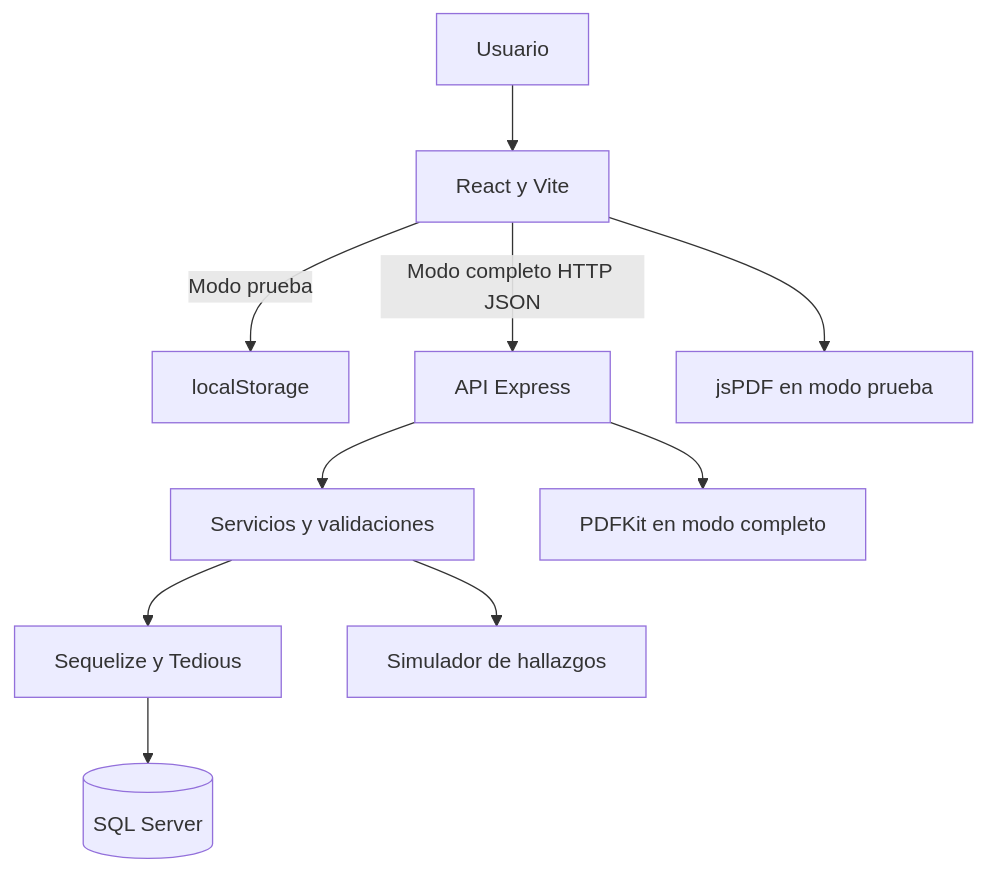
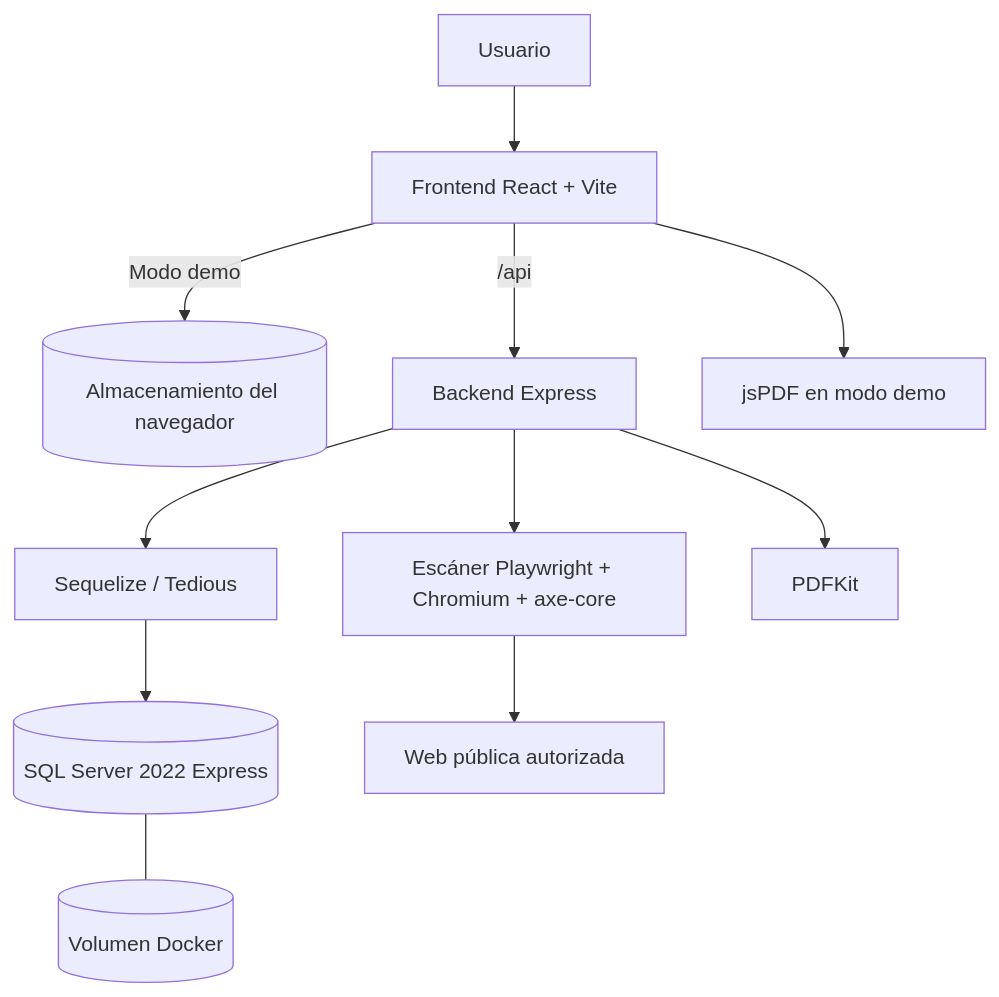
Before and after one commit to Codeforgeettttt/A11yPilot: the diagram in README.md, drawn with Mermaid. The commit also changed other lines of this file, not shown here.

Commit message:
docs(readme): documentar fase Docker y escáner real en main

````diff
--- a/README.md
+++ b/README.md
@@ -97,12 +126,13 @@
 ```mermaid
-flowchart TD
-    U[Usuario] --> F[React y Vite]
-    F -->|Modo prueba| L[localStorage]
-    F -->|Modo completo HTTP JSON| A[API Express]
-    A --> S[Servicios y validaciones]
-    S --> O[Sequelize y Tedious]
-    O --> D[(SQL Server)]
-    S --> M[Simulador de hallazgos]
-    F --> J[jsPDF en modo prueba]
-    A --> P[PDFKit en modo completo]
+flowchart TB
+    U[Usuario] --> F[Frontend React + Vite]
+    F -->|Modo demo| L[(Almacenamiento del navegador)]
+    F -->|/api| A[Backend Express]
+    A --> O[Sequelize / Tedious]
+    O --> D[(SQL Server 2022 Express)]
+    D --- V[(Volumen Docker)]
+    A --> S[Escáner Playwright + Chromium + axe-core]
+    S --> W[Web pública autorizada]
+    A --> P[PDFKit]
+    F --> J[jsPDF en modo demo]
 ```
````
